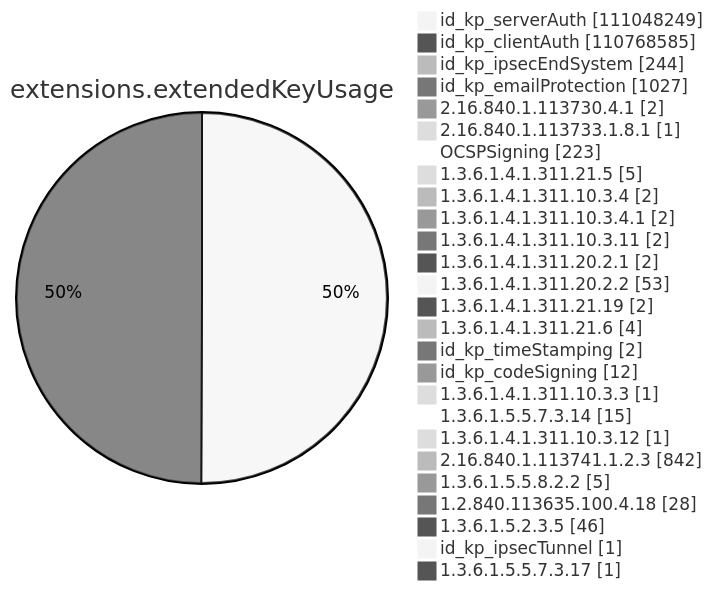
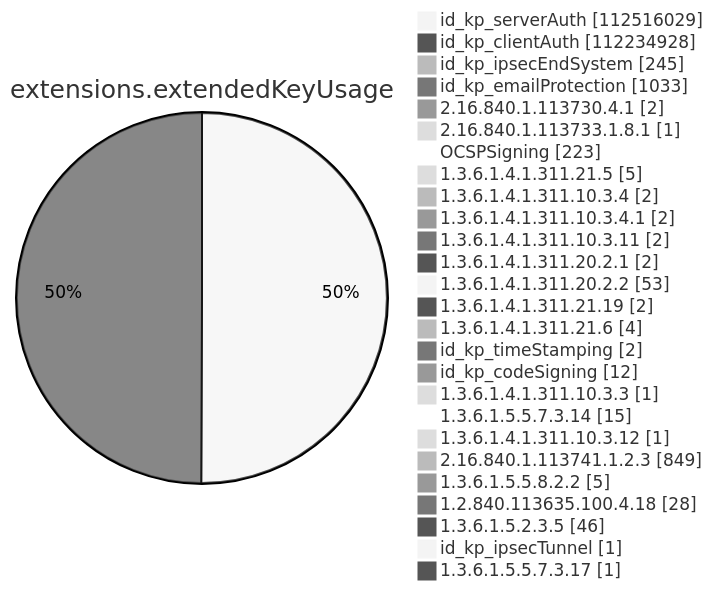
Diagram 11 of 15 in xenon2023/README.md (christiankrug/ctmonitor_visualization), drawn with Mermaid (neutral theme) before and after one commit. The commit also changed other lines of this file, not shown here.

````diff
--- a/xenon2023/README.md
+++ b/xenon2023/README.md
@@ -2653,30 +2656,30 @@
 ```mermaid
 pie showData
 title extensions.extendedKeyUsage
-"id_kp_serverAuth" :111048249
-"id_kp_clientAuth" :110768585
-"id_kp_ipsecEndSystem" :244
-"id_kp_emailProtection" :1027
+"id_kp_serverAuth" :112516029
+"id_kp_clientAuth" :112234928
+"id_kp_ipsecEndSystem" :245
+"id_kp_emailProtection" :1033
 "2.16.840.1.113730.4.1" :2
 "2.16.840.1.113733.1.8.1" :1
 "OCSPSigning" :223
 "1.3.6.1.4.1.311.21.5" :5
 "1.3.6.1.4.1.311.10.3.4" :2
 "1.3.6.1.4.1.311.10.3.4.1" :2
 "1.3.6.1.4.1.311.10.3.11" :2
 "1.3.6.1.4.1.311.20.2.1" :2
 "1.3.6.1.4.1.311.20.2.2" :53
 "1.3.6.1.4.1.311.21.19" :2
 "1.3.6.1.4.1.311.21.6" :4
 "id_kp_timeStamping" :2
 "id_kp_codeSigning" :12
 "1.3.6.1.4.1.311.10.3.3" :1
 "1.3.6.1.5.5.7.3.14" :15
 "1.3.6.1.4.1.311.10.3.12" :1
-"2.16.840.1.113741.1.2.3" :842
+"2.16.840.1.113741.1.2.3" :849
 "1.3.6.1.5.5.8.2.2" :5
 "1.2.840.113635.100.4.18" :28
 "1.3.6.1.5.2.3.5" :46
 "id_kp_ipsecTunnel" :1
 "1.3.6.1.5.5.7.3.17" :1
 ```
````
